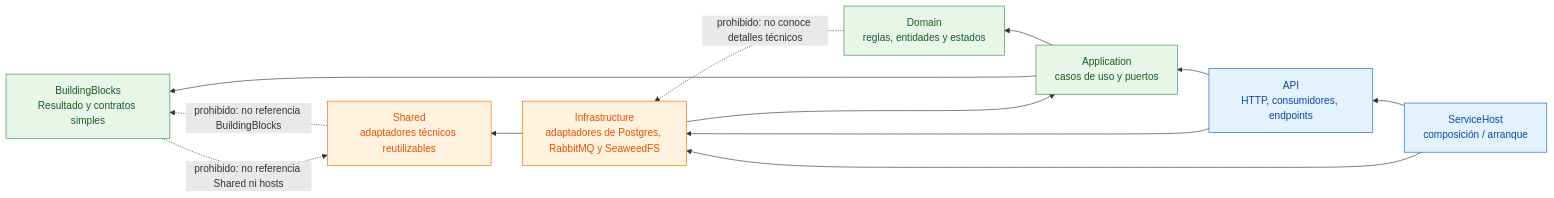
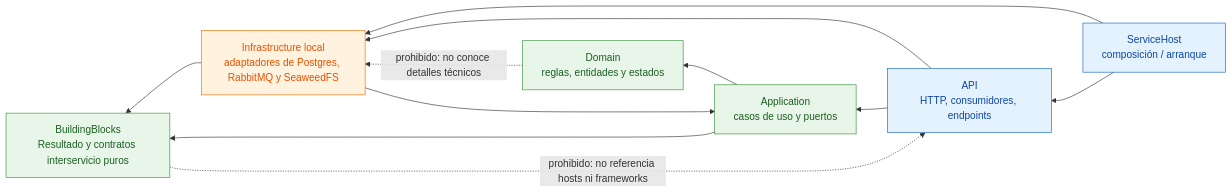
One commit to JackAcity/reto_tecnico_backend_senior changed the first of 2 diagrams in docs/explicacion/04-dependencias-dip.md. Above: the diagram before and after it, drawn with Mermaid. The commit also changed other lines of this file and 3 other files, not shown here.

Commit message:
docs(architecture): document local service ownership

````diff
--- a/docs/explicacion/04-dependencias-dip.md
+++ b/docs/explicacion/04-dependencias-dip.md
@@ -7,30 +7,28 @@
 ```mermaid
 flowchart RL
     Host["ServiceHost<br/>composición / arranque"]
     Api["API<br/>HTTP, consumidores, endpoints"]
-    Infra["Infrastructure<br/>adaptadores de Postgres, RabbitMQ y SeaweedFS"]
+    Infra["Infrastructure local<br/>adaptadores de Postgres, RabbitMQ y SeaweedFS"]
     App["Application<br/>casos de uso y puertos"]
     Domain["Domain<br/>reglas, entidades y estados"]
-    Shared["Shared<br/>adaptadores técnicos reutilizables"]
-    Blocks["BuildingBlocks<br/>Resultado y contratos simples"]
+    Blocks["BuildingBlocks<br/>Resultado y contratos interservicio puros"]
 
     Host --> Api
     Host --> Infra
     Api --> App
     Api --> Infra
     Infra --> App
-    Infra --> Shared
+    Infra --> Blocks
     App --> Domain
     App --> Blocks
 
     Domain -. "prohibido: no conoce detalles técnicos" .-> Infra
-    Shared -. "prohibido: no referencia BuildingBlocks" .-> Blocks
-    Blocks -. "prohibido: no referencia Shared ni hosts" .-> Shared
+    Blocks -. "prohibido: no referencia hosts ni frameworks" .-> Api
 
     classDef core fill:#e8f5e9,stroke:#388e3c,color:#1b5e20
     classDef adapter fill:#fff3e0,stroke:#ef6c00,color:#e65100
     classDef boundary fill:#e3f2fd,stroke:#1565c0,color:#0d47a1
     class Domain,App,Blocks core
-    class Infra,Shared adapter
+    class Infra adapter
     class Host,Api boundary
 ```
````
